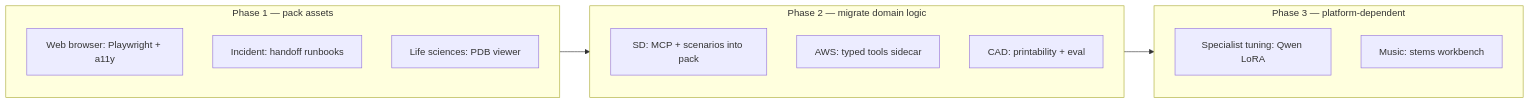
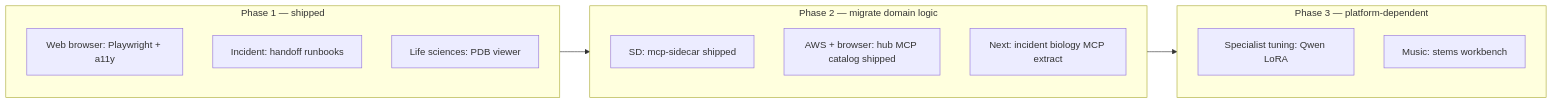
Before and after one commit to camronwood/neural-junkie: the diagram in docs/PACKS_V2_ROADMAP.md, drawn with Mermaid. The commit also changed other lines of this file and 154 other files, not shown here.

First line of the commit message:
Ship pack-owned MCP bridge, terminal wait honesty, and away/RC automation.

````diff
--- a/docs/PACKS_V2_ROADMAP.md
+++ b/docs/PACKS_V2_ROADMAP.md
@@ -289,18 +297,18 @@
 ```mermaid
 graph LR
-  subgraph phase1 [Phase 1 — pack assets]
+  subgraph phase1 [Phase 1 — shipped]
     WB[Web browser: Playwright + a11y]
     IM[Incident: handoff runbooks]
     LS[Life sciences: PDB viewer]
   end
   subgraph phase2 [Phase 2 — migrate domain logic]
-    SD[SD: MCP + scenarios into pack]
-    AWS[AWS: typed tools sidecar]
-    CAD[CAD: printability + eval]
+    SD[SD: mcp-sidecar shipped]
+    AWS[AWS + browser: hub MCP catalog shipped]
+    Next[Next: incident biology MCP extract]
   end
   subgraph phase3 [Phase 3 — platform-dependent]
     ST[Specialist tuning: Qwen LoRA]
     MU[Music: stems workbench]
   end
   phase1 --> phase2 --> phase3
 ```
````
